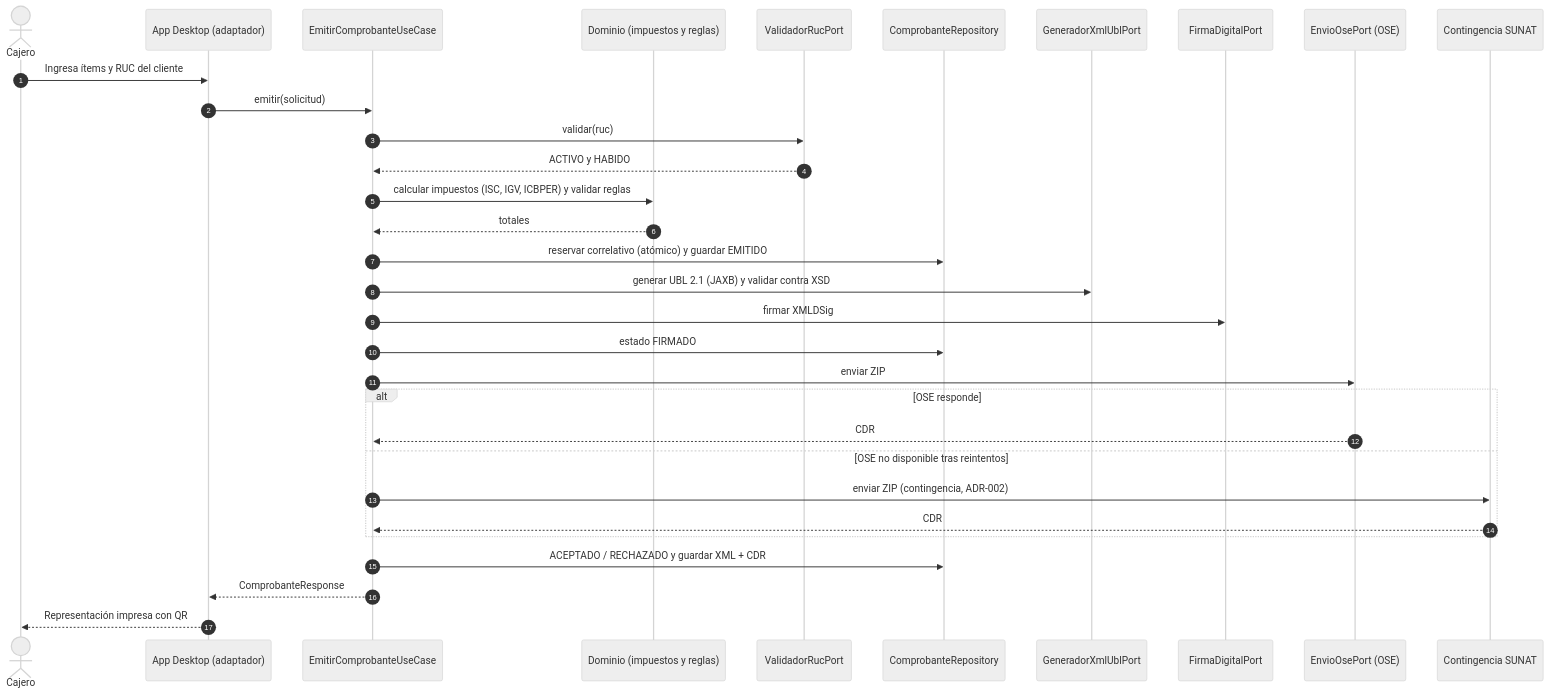
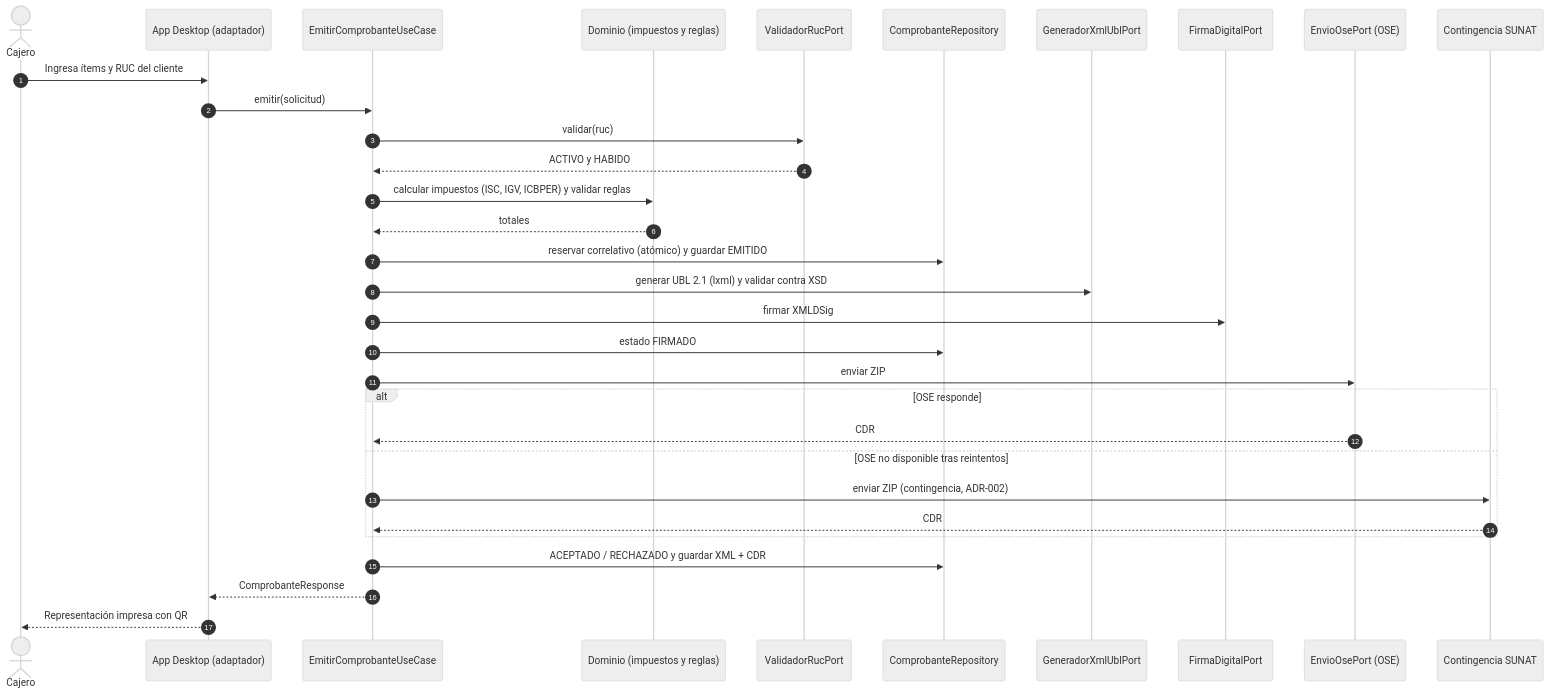
One commit to afgilmer16-svg/proyecto_arquitectura changed the sixth of 7 diagrams in specs/features/0003-arquitectura-mvc-hexagonal/design.md. Above: the diagram before and after it, drawn with Mermaid (neutral theme). The commit also changed other lines of this file and 42 other files, not shown here.

````diff
--- a/specs/features/0003-arquitectura-mvc-hexagonal/design.md
+++ b/specs/features/0003-arquitectura-mvc-hexagonal/design.md
@@ -598,35 +598,35 @@
 ```mermaid
 sequenceDiagram
     autonumber
     actor Cajero
     participant UI as App Desktop (adaptador)
     participant UC as EmitirComprobanteUseCase
     participant Dom as Dominio (impuestos y reglas)
     participant Ruc as ValidadorRucPort
     participant Rep as ComprobanteRepository
     participant Xml as GeneradorXmlUblPort
     participant Fir as FirmaDigitalPort
     participant Ose as EnvioOsePort (OSE)
     participant Sun as Contingencia SUNAT
 
     Cajero->>UI: Ingresa ítems y RUC del cliente
     UI->>UC: emitir(solicitud)
     UC->>Ruc: validar(ruc)
     Ruc-->>UC: ACTIVO y HABIDO
     UC->>Dom: calcular impuestos (ISC, IGV, ICBPER) y validar reglas
     Dom-->>UC: totales
     UC->>Rep: reservar correlativo (atómico) y guardar EMITIDO
-    UC->>Xml: generar UBL 2.1 (JAXB) y validar contra XSD
+    UC->>Xml: generar UBL 2.1 (lxml) y validar contra XSD
     UC->>Fir: firmar XMLDSig
     UC->>Rep: estado FIRMADO
     UC->>Ose: enviar ZIP
     alt OSE responde
         Ose-->>UC: CDR
     else OSE no disponible tras reintentos
         UC->>Sun: enviar ZIP (contingencia, ADR-002)
         Sun-->>UC: CDR
     end
     UC->>Rep: ACEPTADO / RECHAZADO y guardar XML + CDR
     UC-->>UI: ComprobanteResponse
     UI-->>Cajero: Representación impresa con QR
 ```
````
